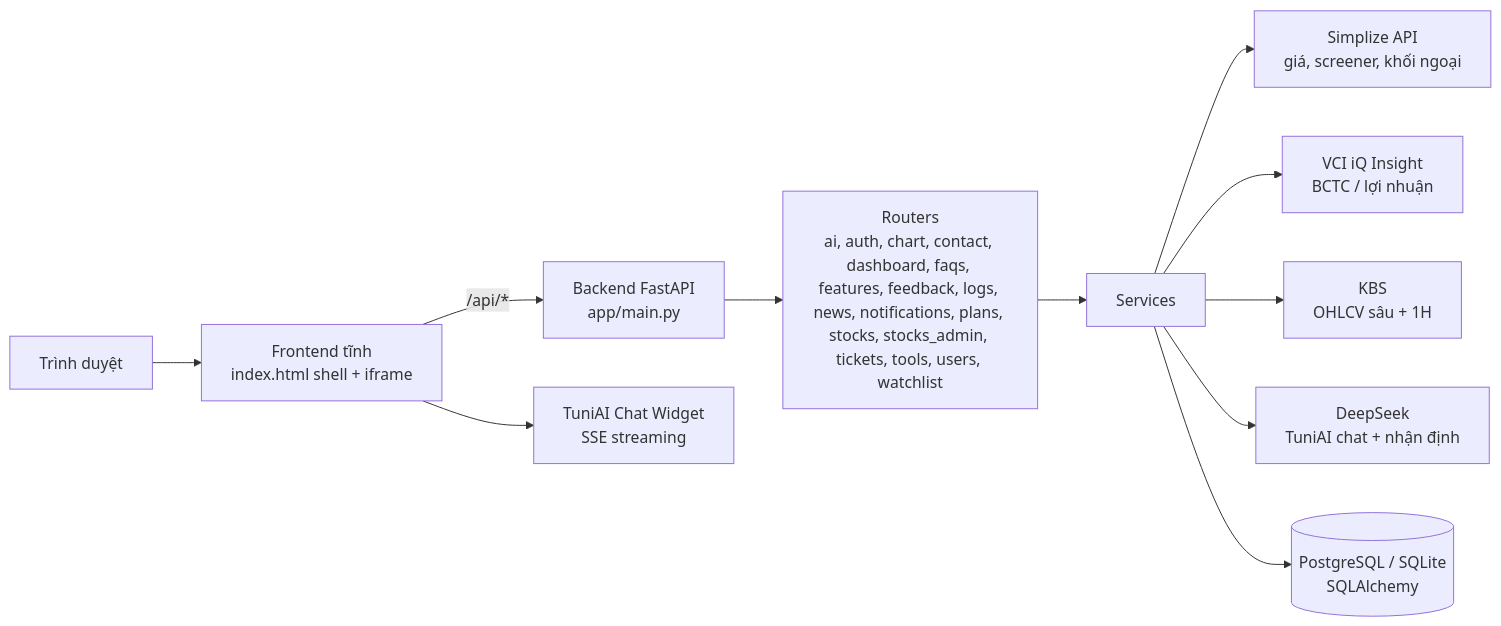
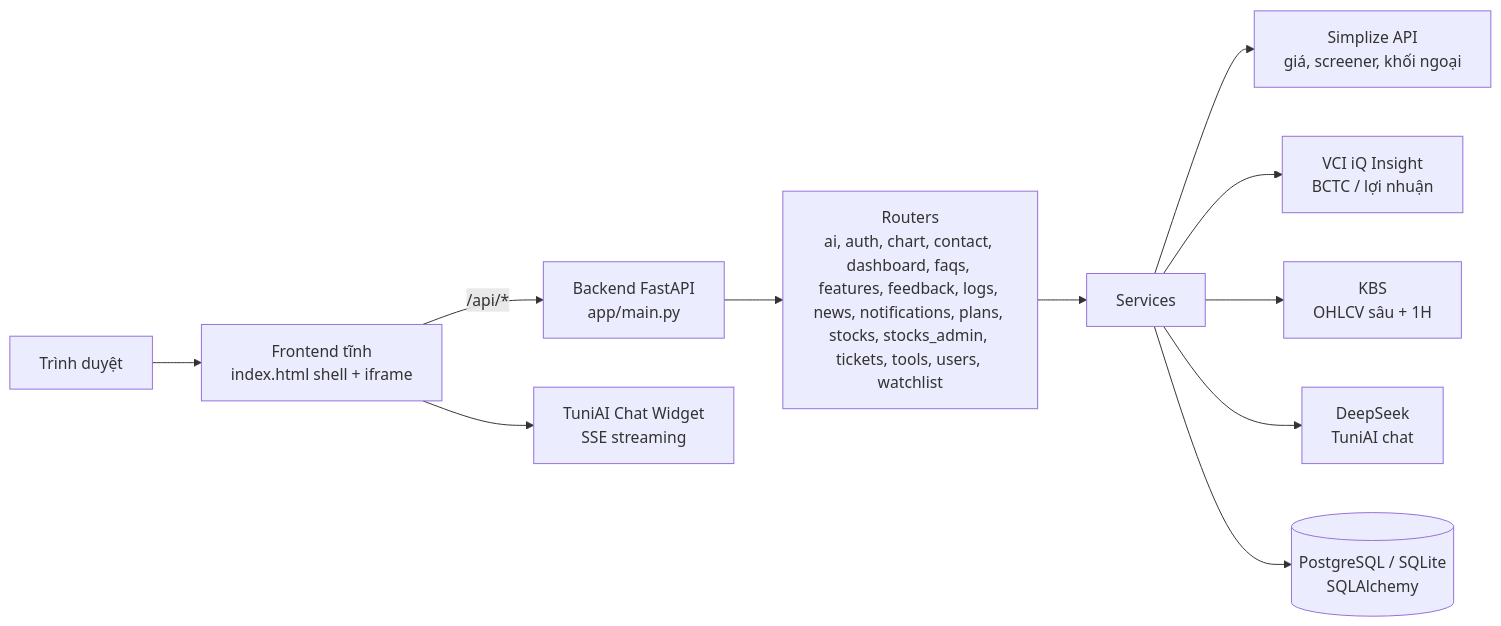
The diagram in docs/TUNIX_SPEC.md (tuongdx/vinafintech), drawn with Mermaid before and after one commit. The commit also changed other lines of this file and 22 other files, not shown here.

````diff
--- a/docs/TUNIX_SPEC.md
+++ b/docs/TUNIX_SPEC.md
@@ -23,13 +23,13 @@
 ```mermaid
 flowchart LR
     U[Trình duyệt] --> F[Frontend tĩnh<br/>index.html shell + iframe]
     F -->|/api/*| B[Backend FastAPI<br/>app/main.py]
     B --> R[Routers<br/>ai, auth, chart, contact, dashboard, faqs, features, feedback, logs, news, notifications, plans, stocks, stocks_admin, tickets, tools, users, watchlist]
     R --> S[Services]
     S --> S1[Simplize API<br/>giá, screener, khối ngoại]
     S --> S2[VCI iQ Insight<br/>BCTC / lợi nhuận]
     S --> S3[KBS<br/>OHLCV sâu + 1H]
-    S --> S4[DeepSeek<br/>TuniAI chat + nhận định]
+    S --> S4[DeepSeek<br/>TuniAI chat]
     S --> DB[(PostgreSQL / SQLite<br/>SQLAlchemy)]
     F --> T[TuniAI Chat Widget<br/>SSE streaming]
 ```
````
